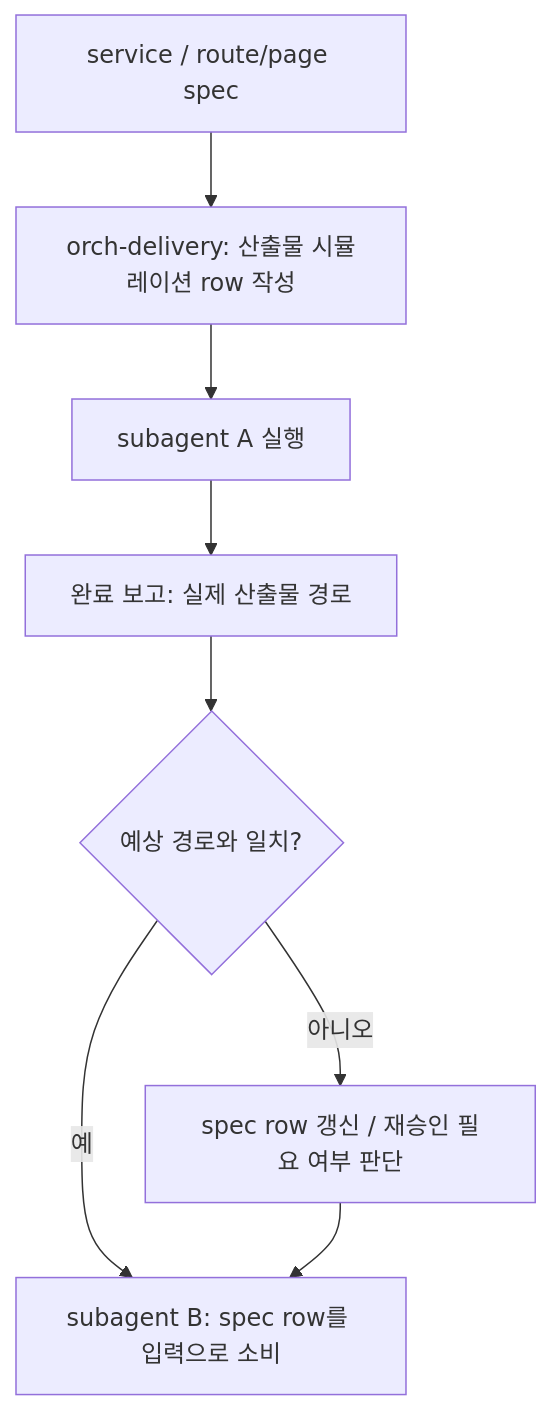
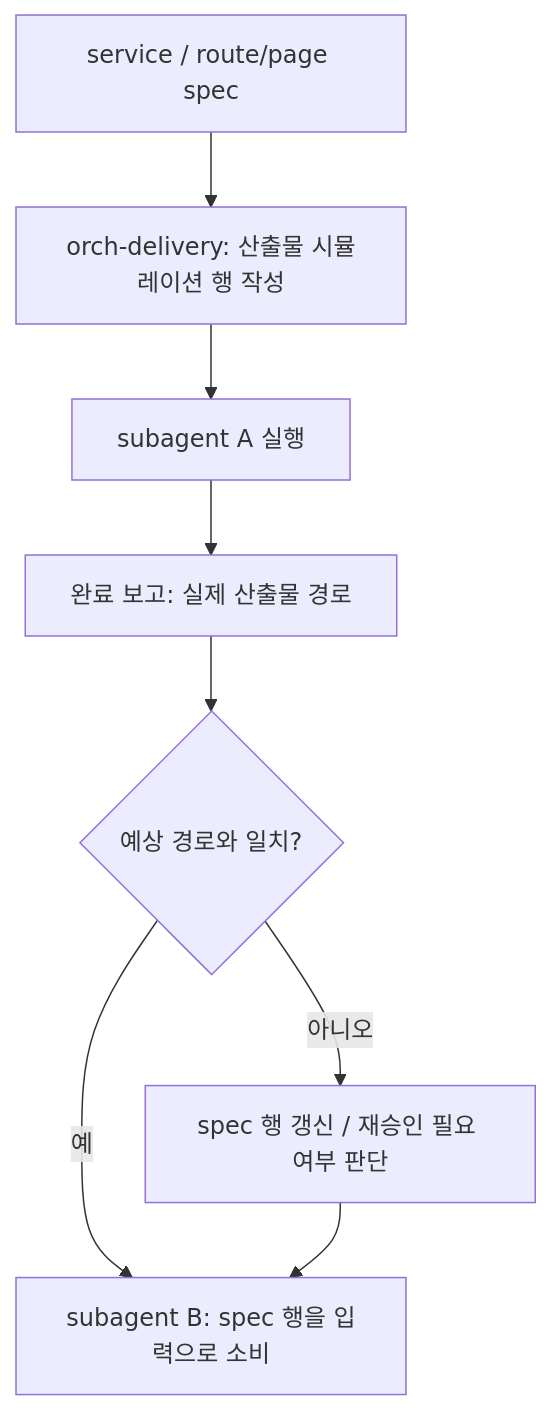
One commit to kimjoongwon/prj-core changed the second of 6 diagrams in docs/orchestration-agent-relationship-flow.md. Above: the diagram before and after it, drawn with Mermaid. The commit also changed other lines of this file and 214 other files, not shown here.

````diff
--- a/docs/orchestration-agent-relationship-flow.md
+++ b/docs/orchestration-agent-relationship-flow.md
@@ -108,10 +111,10 @@
 ```mermaid
 flowchart TD
-  Spec["service / route/page spec"] --> Sim["orch-delivery: 산출물 시뮬레이션 row 작성"]
+  Spec["service / route/page spec"] --> Sim["orch-delivery: 산출물 시뮬레이션 행 작성"]
   Sim --> A1["subagent A 실행"]
   A1 --> Report["완료 보고: 실제 산출물 경로"]
   Report --> Match{"예상 경로와 일치?"}
-  Match -->|예| A2["subagent B: spec row를 입력으로 소비"]
-  Match -->|아니오| Update["spec row 갱신 / 재승인 필요 여부 판단"]
+  Match -->|예| A2["subagent B: spec 행을 입력으로 소비"]
+  Match -->|아니오| Update["spec 행 갱신 / 재승인 필요 여부 판단"]
   Update --> A2
 ```
````
